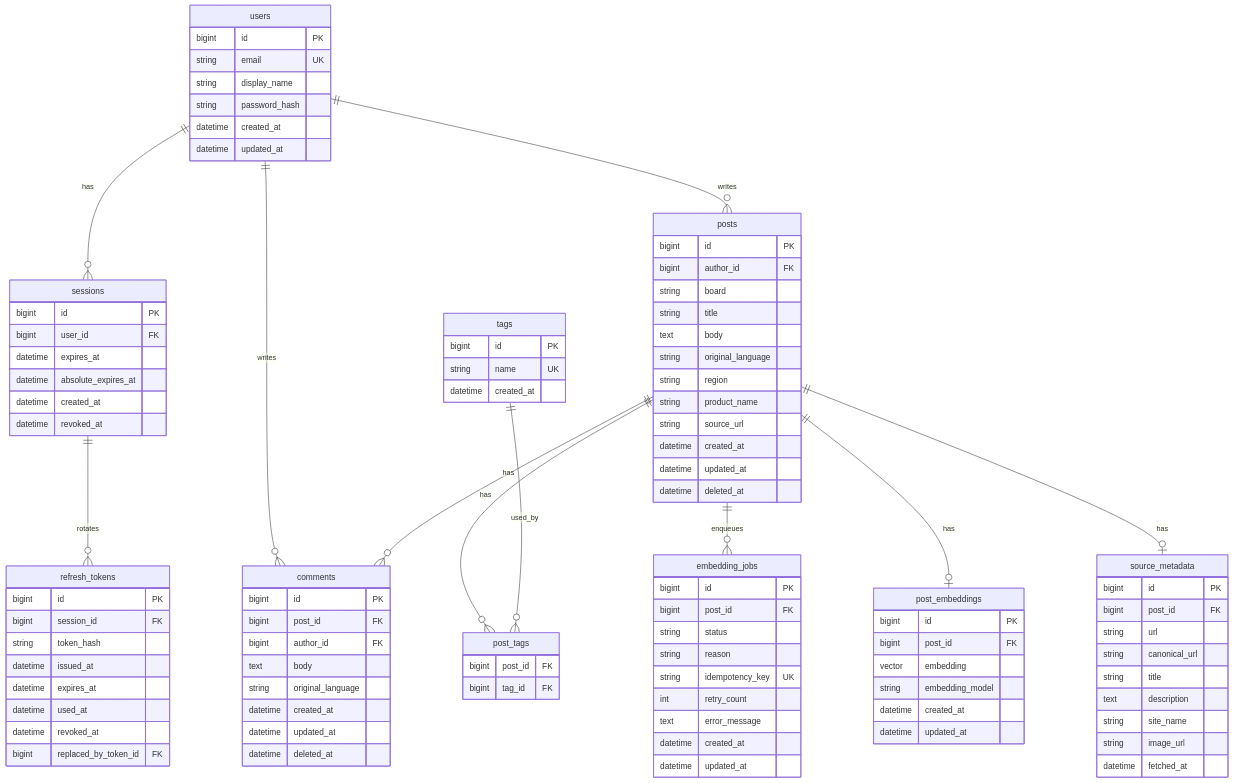
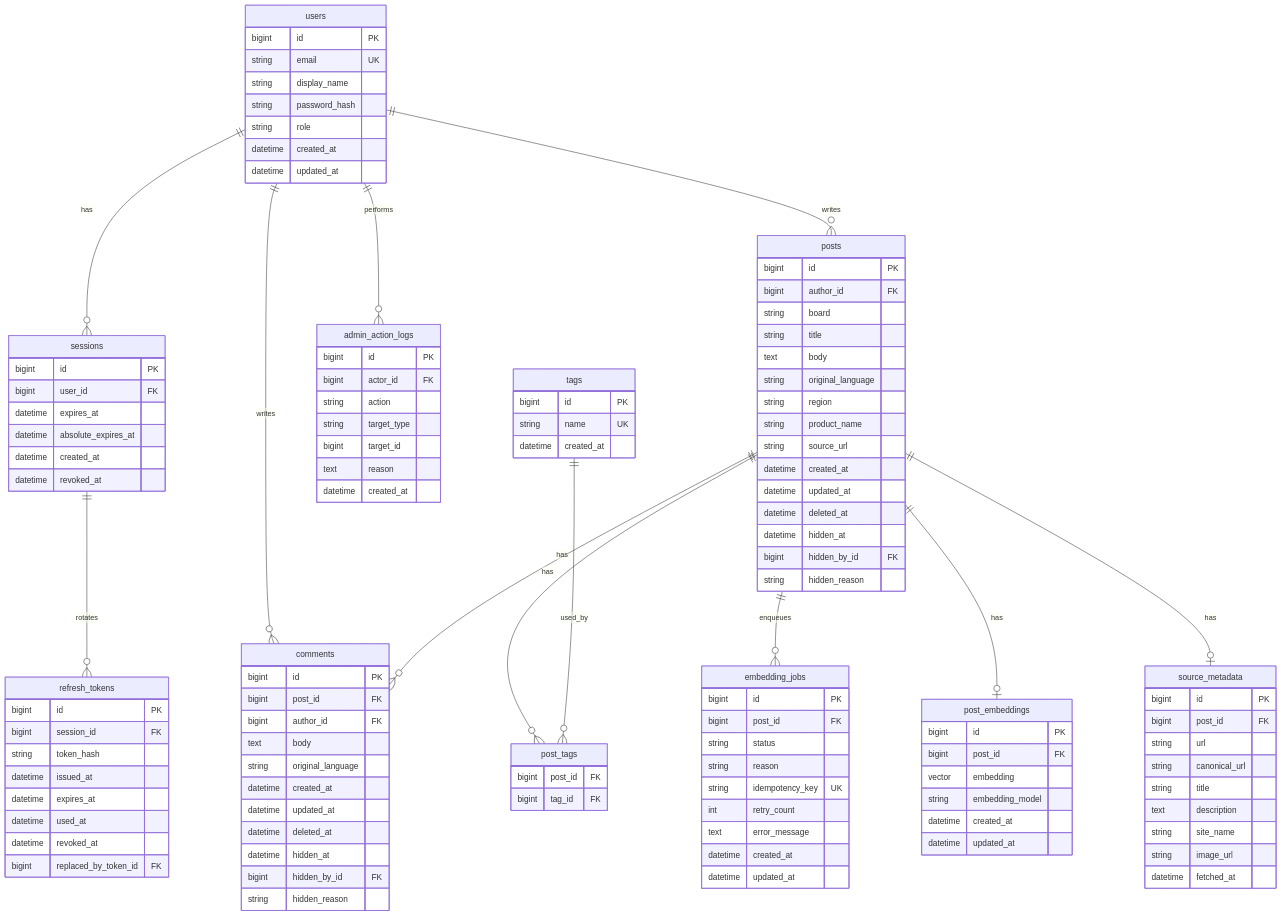
One commit to devhyun05/jungle-week15-16-302-team5-hub changed the diagram in docs/architecture/database-erd.md. Above: the diagram before and after it, drawn with Mermaid. The commit also changed other lines of this file and 6 other files, not shown here.

````diff
--- a/docs/architecture/database-erd.md
+++ b/docs/architecture/database-erd.md
@@ -30,6 +30,7 @@
     sessions ||--o{ refresh_tokens : rotates
     users ||--o{ posts : writes
     users ||--o{ comments : writes
+    users ||--o{ admin_action_logs : performs
     posts ||--o{ comments : has
     posts ||--o{ post_tags : has
     tags ||--o{ post_tags : used_by
@@ -42,6 +43,7 @@
         string email UK
         string display_name
         string password_hash
+        string role
         datetime created_at
         datetime updated_at
     }
@@ -79,6 +81,9 @@
         datetime created_at
         datetime updated_at
         datetime deleted_at
+        datetime hidden_at
+        bigint hidden_by_id FK
+        string hidden_reason
     }
 
     comments {
@@ -90,6 +95,9 @@
         datetime created_at
         datetime updated_at
         datetime deleted_at
+        datetime hidden_at
+        bigint hidden_by_id FK
+        string hidden_reason
     }
 
     tags {
@@ -135,4 +143,14 @@
         string image_url
         datetime fetched_at
     }
+
+    admin_action_logs {
+        bigint id PK
+        bigint actor_id FK
+        string action
+        string target_type
+        bigint target_id
+        text reason
+        datetime created_at
+    }
 ```
````
